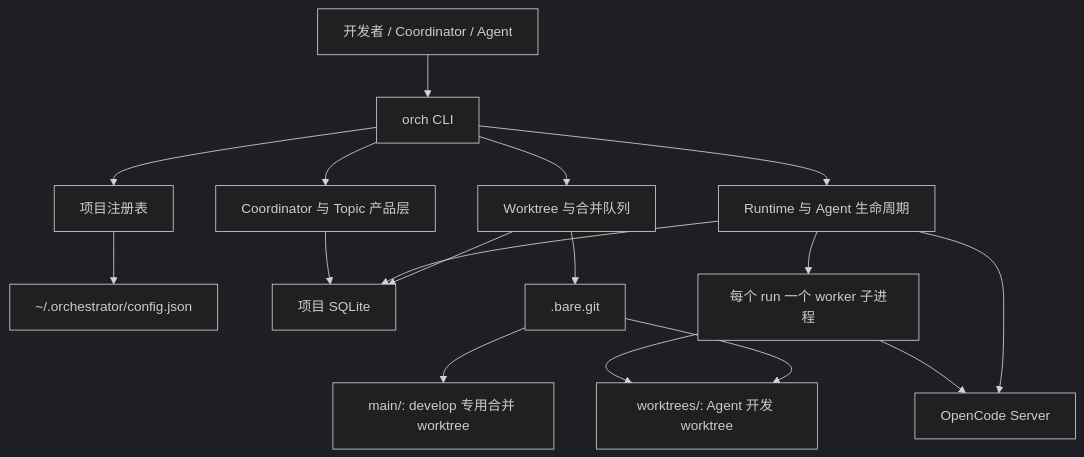
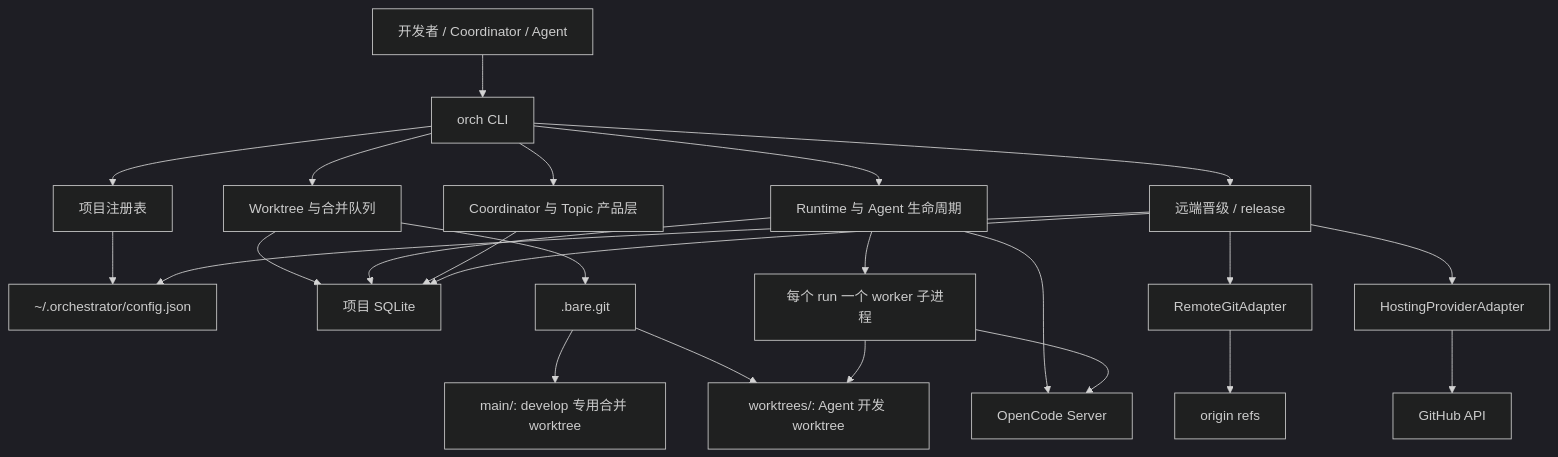
Before and after one commit to rosa42-lab/open-worktree: the first of 3 diagrams in docs/current-architecture.md, drawn with Mermaid (dark theme). The commit also changed other lines of this file and 12 other files, not shown here.

First line of the commit message:
Align current architecture docs to orch 1.3.0.

````diff
--- a/docs/current-architecture.md
+++ b/docs/current-architecture.md
@@ -20,23 +28,31 @@
 ```mermaid
 flowchart TB
     User["开发者 / Coordinator / Agent"] --> CLI["orch CLI"]
 
     CLI --> Registry["项目注册表"]
     CLI --> Queue["Worktree 与合并队列"]
     CLI --> Runtime["Runtime 与 Agent 生命周期"]
     CLI --> Topic["Coordinator 与 Topic 产品层"]
+    CLI --> Promotion["远端晋级 / release"]
 
     Registry --> Config["~/.orchestrator/config.json"]
     Queue --> DB["项目 SQLite"]
     Runtime --> DB
     Topic --> DB
+    Promotion --> DB
+    Promotion --> Config
 
     Queue --> Bare[".bare.git"]
     Bare --> Main["main/: develop 专用合并 worktree"]
     Bare --> Worktrees["worktrees/: Agent 开发 worktree"]
 
     Runtime --> Server["OpenCode Server"]
     Runtime --> Worker["每个 run 一个 worker 子进程"]
     Worker --> Server
     Worker --> Worktrees
+
+    Promotion --> RemoteGit["RemoteGitAdapter"]
+    Promotion --> Provider["HostingProviderAdapter"]
+    RemoteGit --> Origin["origin refs"]
+    Provider --> GitHub["GitHub API"]
 ```
````
